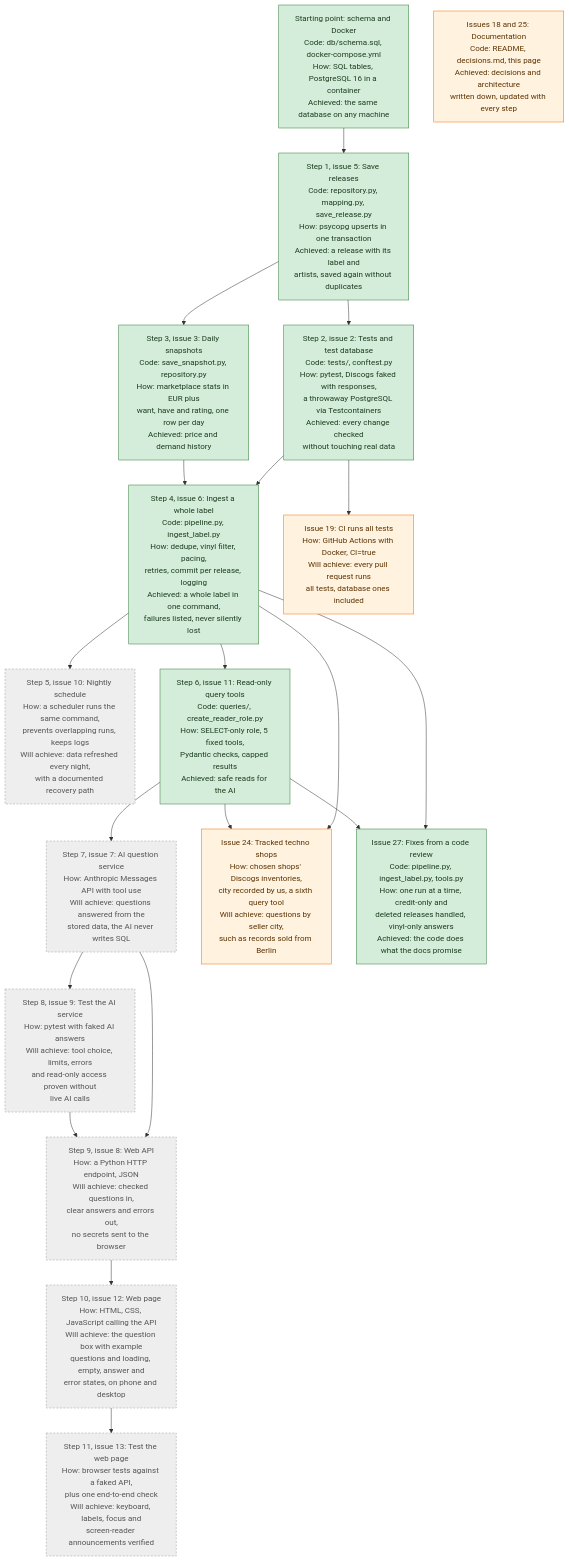
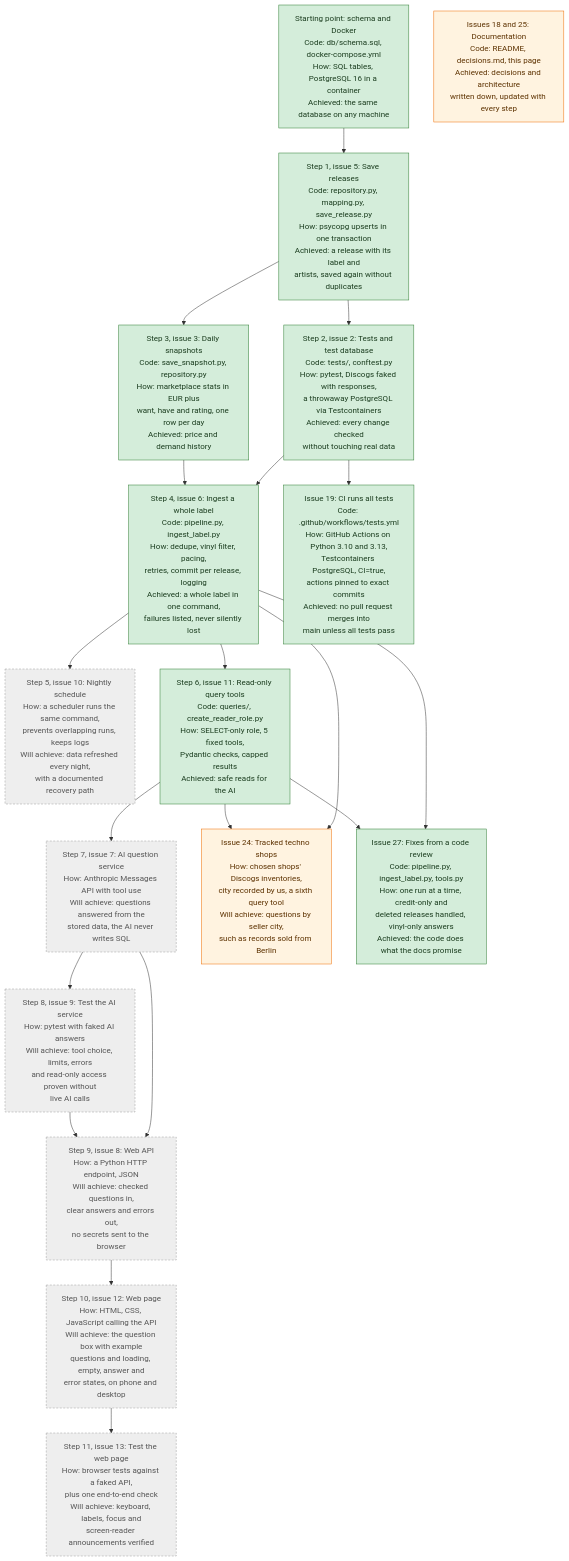
Before and after one commit to AntonisKol/music-catalogue-market-trends-wip: the second of 4 diagrams in docs/architecture.md, drawn with Mermaid. The commit also changed other lines of this file and 2 other files, not shown here.

Commit message:
Document CI in the README, decisions and architecture map

````diff
--- a/docs/architecture.md
+++ b/docs/architecture.md
@@ -91,45 +91,45 @@
 ```mermaid
 flowchart TD
     S0["Starting point: schema and Docker<br/>Code: db/schema.sql, docker-compose.yml<br/>How: SQL tables, PostgreSQL 16 in a container<br/>Achieved: the same database on any machine"]
     S1["Step 1, issue 5: Save releases<br/>Code: repository.py, mapping.py, save_release.py<br/>How: psycopg upserts in one transaction<br/>Achieved: a release with its label and<br/>artists, saved again without duplicates"]
     S2["Step 2, issue 2: Tests and test database<br/>Code: tests/, conftest.py<br/>How: pytest, Discogs faked with responses,<br/>a throwaway PostgreSQL via Testcontainers<br/>Achieved: every change checked<br/>without touching real data"]
     S3["Step 3, issue 3: Daily snapshots<br/>Code: save_snapshot.py, repository.py<br/>How: marketplace stats in EUR plus<br/>want, have and rating, one row per day<br/>Achieved: price and demand history"]
     S4["Step 4, issue 6: Ingest a whole label<br/>Code: pipeline.py, ingest_label.py<br/>How: dedupe, vinyl filter, pacing,<br/>retries, commit per release, logging<br/>Achieved: a whole label in one command,<br/>failures listed, never silently lost"]
     S5["Step 5, issue 10: Nightly schedule<br/>How: a scheduler runs the same command,<br/>prevents overlapping runs, keeps logs<br/>Will achieve: data refreshed every night,<br/>with a documented recovery path"]
     S6["Step 6, issue 11: Read-only query tools<br/>Code: queries/, create_reader_role.py<br/>How: SELECT-only role, 5 fixed tools,<br/>Pydantic checks, capped results<br/>Achieved: safe reads for the AI"]
     S7["Step 7, issue 7: AI question service<br/>How: Anthropic Messages API with tool use<br/>Will achieve: questions answered from the<br/>stored data, the AI never writes SQL"]
     S8["Step 8, issue 9: Test the AI service<br/>How: pytest with faked AI answers<br/>Will achieve: tool choice, limits, errors<br/>and read-only access proven without<br/>live AI calls"]
     S9["Step 9, issue 8: Web API<br/>How: a Python HTTP endpoint, JSON<br/>Will achieve: checked questions in,<br/>clear answers and errors out,<br/>no secrets sent to the browser"]
     S10["Step 10, issue 12: Web page<br/>How: HTML, CSS, JavaScript calling the API<br/>Will achieve: the question box with example<br/>questions and loading, empty, answer and<br/>error states, on phone and desktop"]
     S11["Step 11, issue 13: Test the web page<br/>How: browser tests against a faked API,<br/>plus one end-to-end check<br/>Will achieve: keyboard, labels, focus and<br/>screen-reader announcements verified"]
-    F19["Issue 19: CI runs all tests<br/>How: GitHub Actions with Docker, CI=true<br/>Will achieve: every pull request runs<br/>all tests, database ones included"]
+    F19["Issue 19: CI runs all tests<br/>Code: .github/workflows/tests.yml<br/>How: GitHub Actions on Python 3.10 and 3.13,<br/>Testcontainers PostgreSQL, CI=true,<br/>actions pinned to exact commits<br/>Achieved: no pull request merges into<br/>main unless all tests pass"]
     F24["Issue 24: Tracked techno shops<br/>How: chosen shops' Discogs inventories,<br/>city recorded by us, a sixth query tool<br/>Will achieve: questions by seller city,<br/>such as records sold from Berlin"]
     F27["Issue 27: Fixes from a code review<br/>Code: pipeline.py, ingest_label.py, tools.py<br/>How: one run at a time, credit-only and<br/>deleted releases handled, vinyl-only answers<br/>Achieved: the code does what the docs promise"]
     F18["Issues 18 and 25: Documentation<br/>Code: README, decisions.md, this page<br/>Achieved: decisions and architecture<br/>written down, updated with every step"]
 
     S0 --> S1
     S1 --> S2
     S1 --> S3
     S2 --> S4
     S3 --> S4
     S4 --> S5
     S4 --> S6
     S6 --> S7
     S7 --> S8
     S7 --> S9
     S8 --> S9
     S9 --> S10
     S10 --> S11
     S2 --> F19
     S4 --> F24
     S6 --> F24
     S4 --> F27
     S6 --> F27
 
     classDef built fill:#d4edda,stroke:#2e7d32,color:#1b3d1f
     classDef planned fill:#eeeeee,stroke:#9e9e9e,color:#555555,stroke-dasharray: 4 3
     classDef support fill:#fff3e0,stroke:#ef6c00,color:#5d3200
-    class S0,S1,S2,S3,S4,S6,F27 built
+    class S0,S1,S2,S3,S4,S6,F27,F19 built
     class S5,S7,S8,S9,S10,S11 planned
-    class F19,F24,F18 support
+    class F24,F18 support
 ```
````
